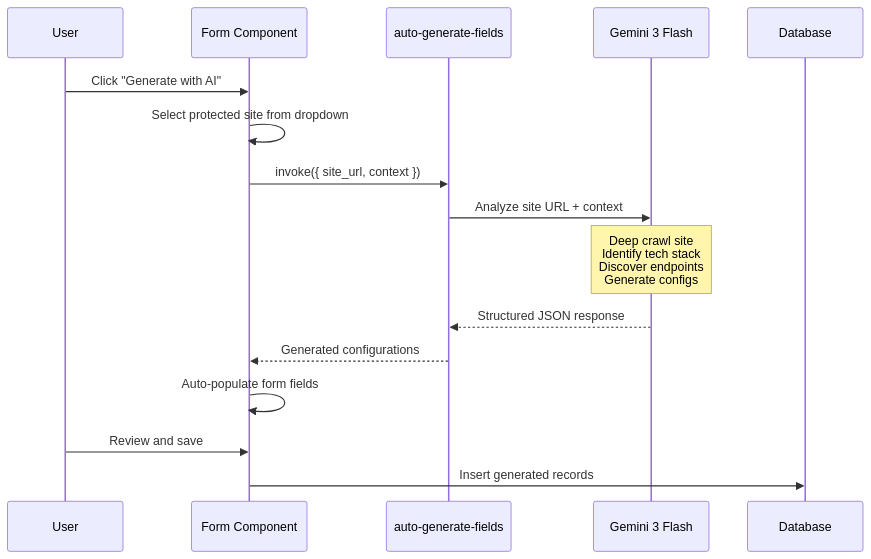
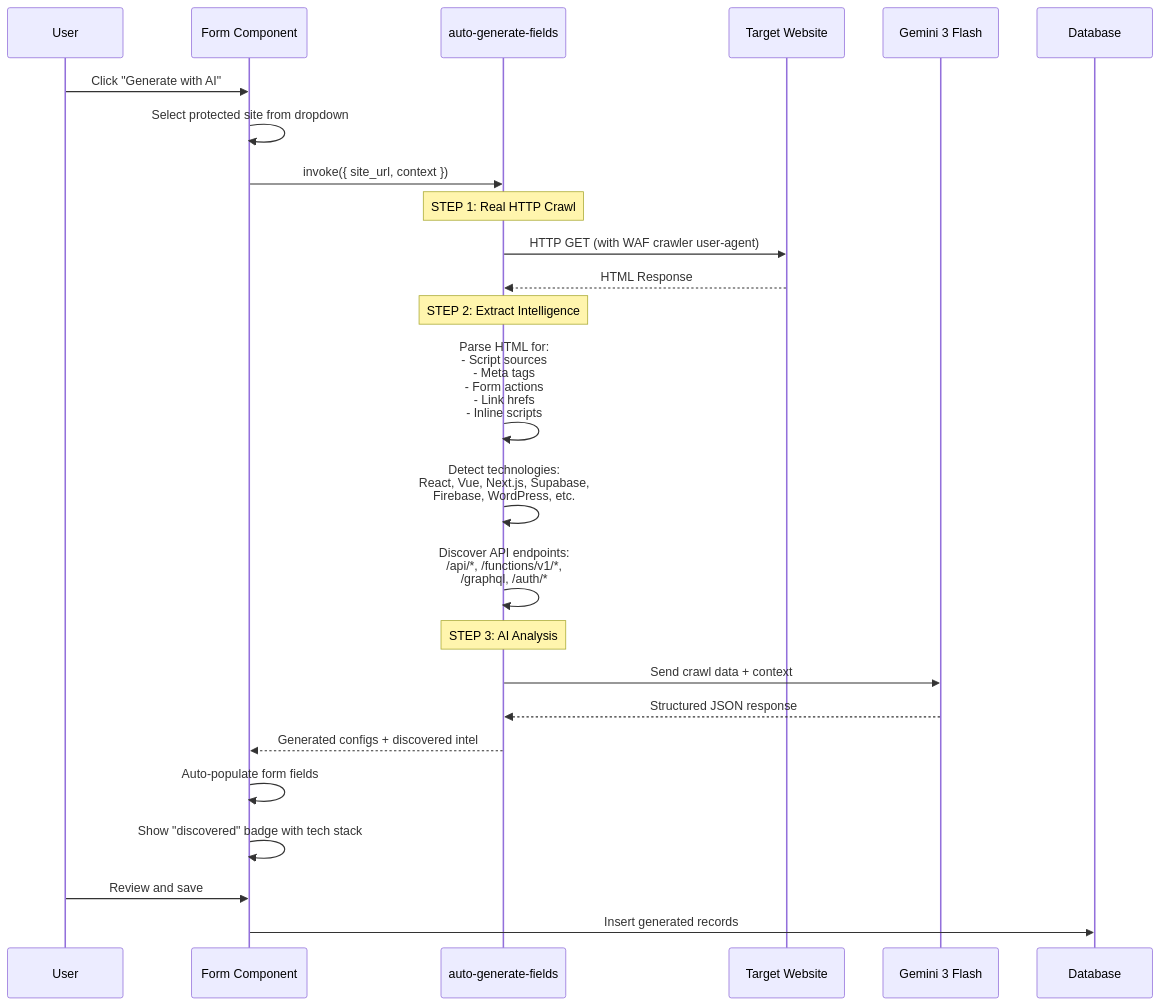
One commit to ritvikindupuri/globeguard-waf changed diagram 11 of 12 in DOCUMENTATION.md. Above: the diagram before and after it, drawn with Mermaid. The commit also changed other lines of this file, not shown here.

Commit message:
Implement real site crawling

````diff
--- a/DOCUMENTATION.md
+++ b/DOCUMENTATION.md
@@ -1082,19 +1082,32 @@
 ```mermaid
 sequenceDiagram
     participant U as User
     participant UI as Form Component
     participant EF as auto-generate-fields
+    participant SITE as Target Website
     participant AI as Gemini 3 Flash
     participant DB as Database
 
     U->>UI: Click "Generate with AI"
     UI->>UI: Select protected site from dropdown
     UI->>EF: invoke({ site_url, context })
-    EF->>AI: Analyze site URL + context
-    Note over AI: Deep crawl site<br/>Identify tech stack<br/>Discover endpoints<br/>Generate configs
+    
+    Note over EF: STEP 1: Real HTTP Crawl
+    EF->>SITE: HTTP GET (with WAF crawler user-agent)
+    SITE-->>EF: HTML Response
+    
+    Note over EF: STEP 2: Extract Intelligence
+    EF->>EF: Parse HTML for:<br/>- Script sources<br/>- Meta tags<br/>- Form actions<br/>- Link hrefs<br/>- Inline scripts
+    EF->>EF: Detect technologies:<br/>React, Vue, Next.js, Supabase,<br/>Firebase, WordPress, etc.
+    EF->>EF: Discover API endpoints:<br/>/api/*, /functions/v1/*,<br/>/graphql, /auth/*
+    
+    Note over EF: STEP 3: AI Analysis
+    EF->>AI: Send crawl data + context
     AI-->>EF: Structured JSON response
-    EF-->>UI: Generated configurations
+    
+    EF-->>UI: Generated configs + discovered intel
     UI->>UI: Auto-populate form fields
+    UI->>UI: Show "discovered" badge with tech stack
     U->>UI: Review and save
     UI->>DB: Insert generated records
 ```
````
